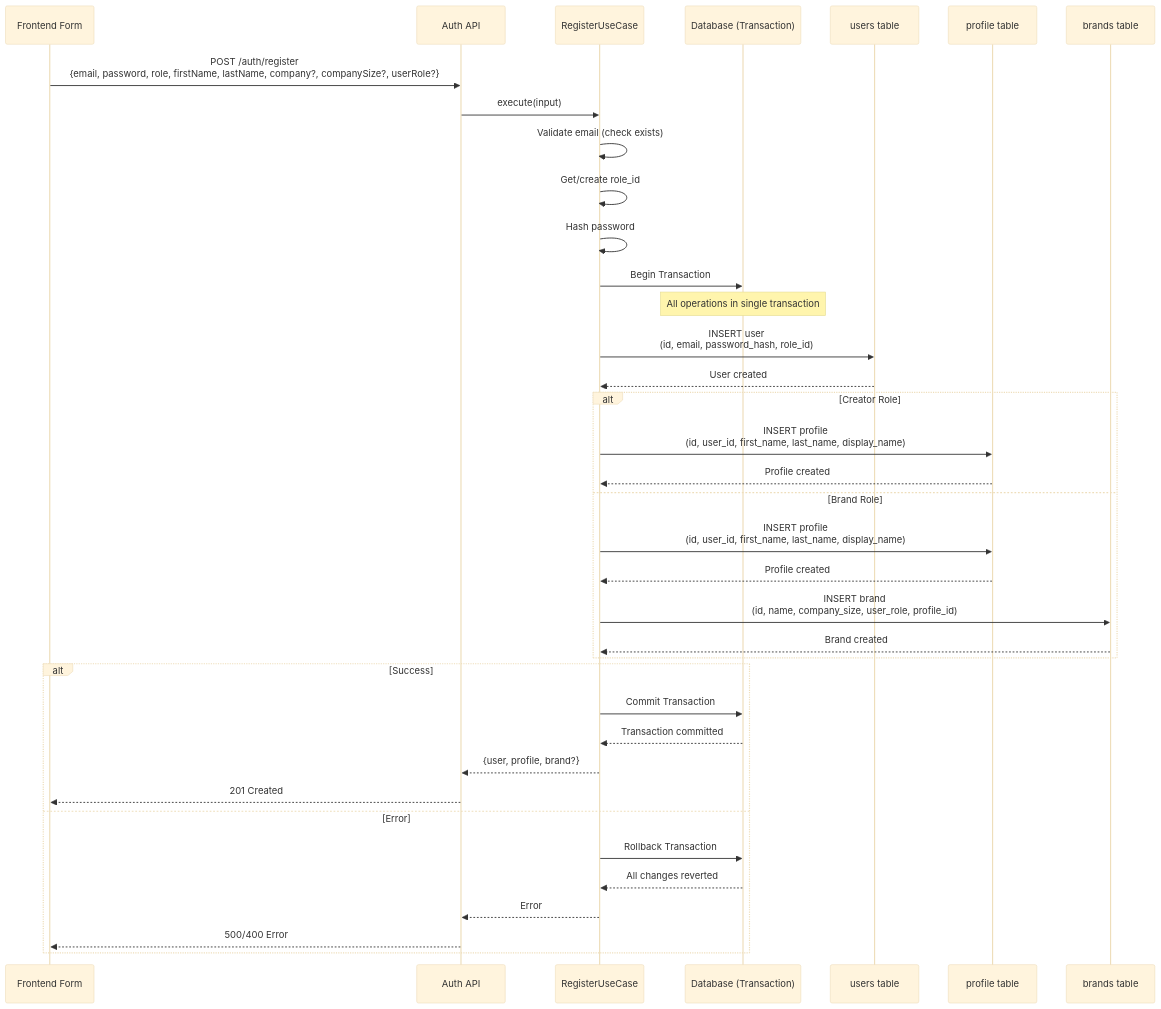
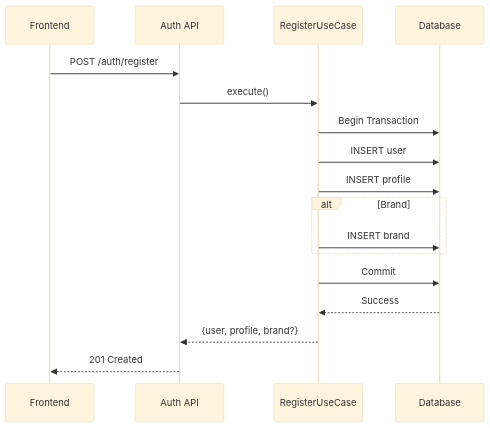
The diagram in docs/registration-flow.md (gmoinbong/flow-demo-backend), drawn with Mermaid (base theme) before and after one commit. The commit also changed other lines of this file and 33 other files, not shown here.

````diff
--- a/docs/registration-flow.md
+++ b/docs/registration-flow.md
@@ -71,47 +15,20 @@
 ```mermaid
 sequenceDiagram
-    participant F as Frontend Form
+    participant F as Frontend
     participant API as Auth API
     participant UC as RegisterUseCase
-    participant DB as Database (Transaction)
-    participant U as users table
-    participant P as profile table
-    participant B as brands table
+    participant DB as Database
 
-    F->>API: POST /auth/register<br/>{email, password, role, firstName, lastName, company?, companySize?, userRole?}
-    
-    API->>UC: execute(input)
-    
-    UC->>UC: Validate email (check exists)
-    UC->>UC: Get/create role_id
-    UC->>UC: Hash password
-    
+    F->>API: POST /auth/register
+    API->>UC: execute()
     UC->>DB: Begin Transaction
-    
-    Note over DB: All operations in single transaction
-    
-    UC->>U: INSERT user<br/>(id, email, password_hash, role_id)
-    U-->>UC: User created
-    
-    alt Creator Role
-        UC->>P: INSERT profile<br/>(id, user_id, first_name, last_name, display_name)
-        P-->>UC: Profile created
-    else Brand Role
-        UC->>P: INSERT profile<br/>(id, user_id, first_name, last_name, display_name)
-        P-->>UC: Profile created
-        UC->>B: INSERT brand<br/>(id, name, company_size, user_role, profile_id)
-        B-->>UC: Brand created
+    UC->>DB: INSERT user
+    UC->>DB: INSERT profile
+    alt Brand
+        UC->>DB: INSERT brand
     end
-    
-    alt Success
-        UC->>DB: Commit Transaction
-        DB-->>UC: Transaction committed
-        UC-->>API: {user, profile, brand?}
-        API-->>F: 201 Created
-    else Error
-        UC->>DB: Rollback Transaction
-        DB-->>UC: All changes reverted
-        UC-->>API: Error
-        API-->>F: 500/400 Error
-    end
+    UC->>DB: Commit
+    DB-->>UC: Success
+    UC-->>API: {user, profile, brand?}
+    API-->>F: 201 Created
 ```
````
